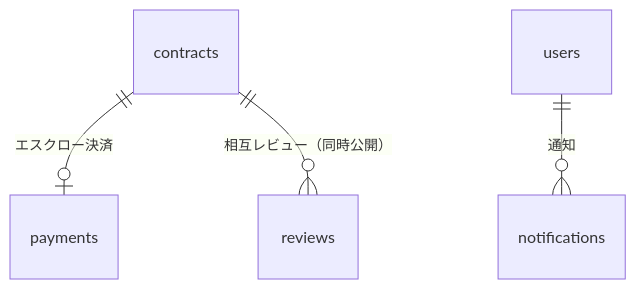
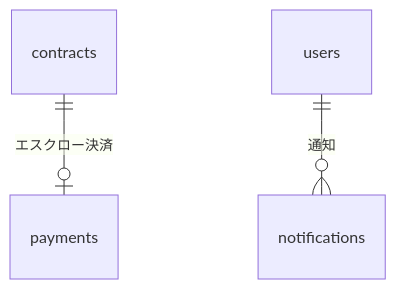
One commit to masa-devx/it-matching-service-clean-architecture changed the sixth of 6 diagrams in docs/データ設計.md. Above: the diagram before and after it, drawn with Mermaid. The commit also changed other lines of this file and 1 other file, not shown here.

````diff
--- a/docs/データ設計.md
+++ b/docs/データ設計.md
@@ -285,6 +317,5 @@
 ```mermaid
 erDiagram
     contracts ||--o| payments : "エスクロー決済"
-    contracts ||--o{ reviews : "相互レビュー（同時公開）"
     users ||--o{ notifications : "通知"
 ```
````
